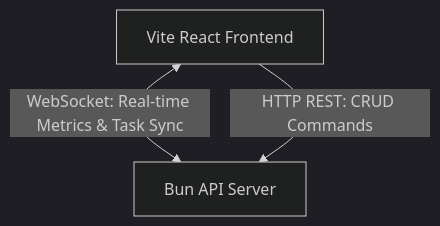
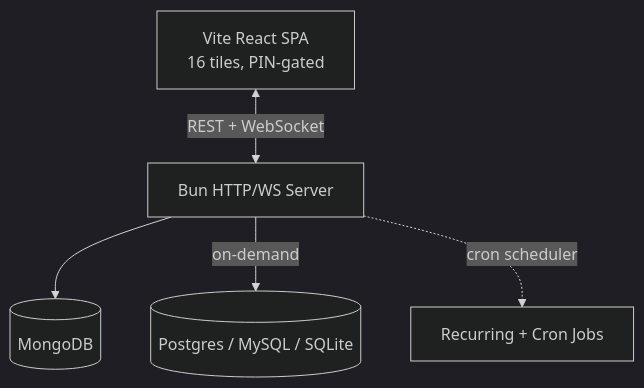
One commit to sanketpatel32/Portal changed the diagram in README.md. Above: the diagram before and after it, drawn with Mermaid (dark theme). The commit also changed other lines of this file, not shown here.

````diff
--- a/README.md
+++ b/README.md
@@ -9,5 +38,7 @@
 ```mermaid
 graph TD
-    Client[Vite React Frontend] <-->|WebSocket: Real-time Metrics & Task Sync| Server[Bun API Server]
-    Client -->|HTTP REST: CRUD Commands| Server
+    Browser[Vite React SPA<br/>16 tiles, PIN-gated] <-->|REST + WebSocket| Server[Bun HTTP/WS Server]
+    Server --> MongoDB[(MongoDB)]
+    Server -->|on-demand| Postgres[(Postgres / MySQL / SQLite)]
+    Server -.->|cron scheduler| Scheduler[Recurring + Cron Jobs]
 ```
````
